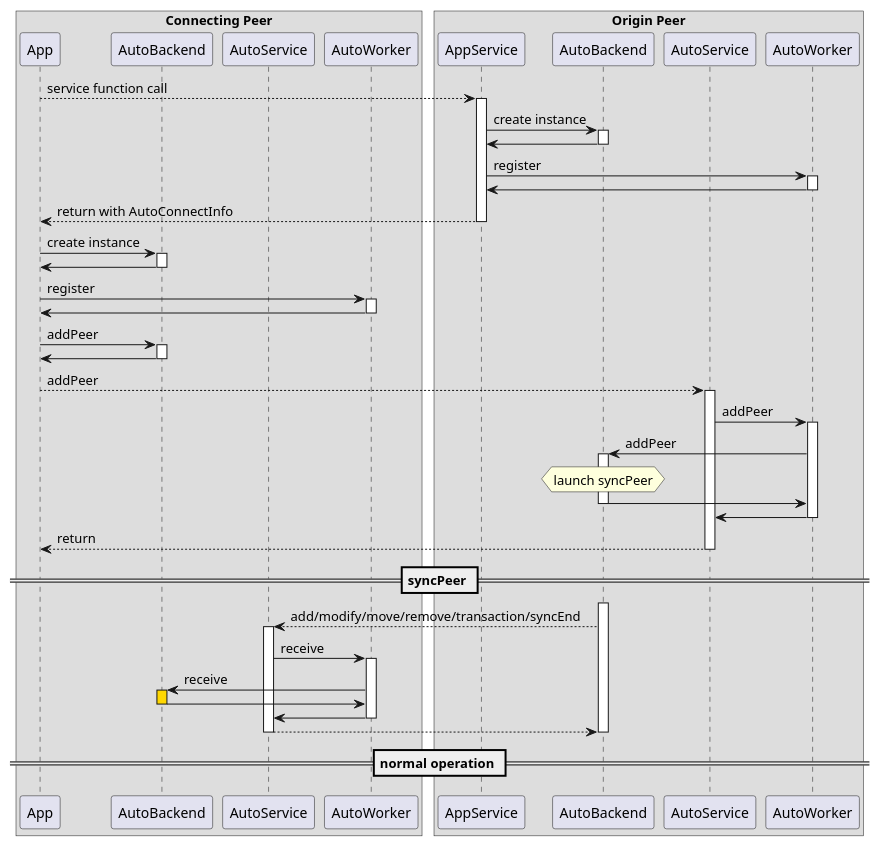
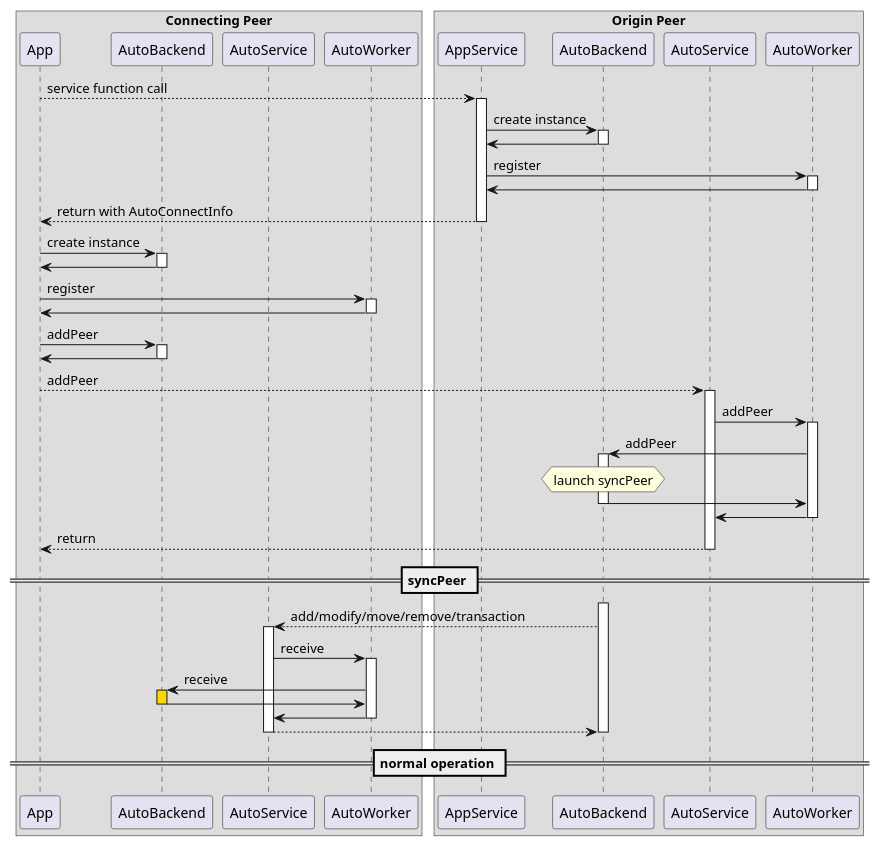
Before and after one commit to spxbhuhb/adaptive: the diagram in doc/auto/connect.puml, drawn with PlantUML. The commit also changed 25 other files, not shown here.

```diff
--- a/doc/auto/connect.puml
+++ b/doc/auto/connect.puml
@@ -1,84 +1,84 @@
 @startuml
 !pragma teoz true
 
 box Connecting Peer
 participant App as c.app
 participant AutoBackend as c.backend
 participant AutoService as c.service
 participant AutoWorker as c.worker
 endbox
 
 box Origin Peer
 participant AppService as o.app.service
 participant AutoBackend as o.backend
 
 participant "AutoService" as o.service
 participant "AutoWorker" as o.worker
 endbox
 
 c.app --> o.app.service : service function call
 activate o.app.service
 
 o.app.service -> o.backend : create instance
 activate o.backend
 o.backend -> o.app.service
 deactivate o.backend
 
 o.app.service -> o.worker : register
 activate o.worker
 o.worker -> o.app.service
 deactivate o.worker
 o.app.service --> c.app : return with AutoConnectInfo
 deactivate o.app.service
 
 c.app -> c.backend : create instance
 activate c.backend
 c.backend -> c.app
 deactivate c.backend
 
 c.app -> c.worker : register
 activate c.worker
 c.worker -> c.app
 deactivate c.worker
 
 c.app -> c.backend : addPeer
 activate c.backend
 c.backend -> c.app
 deactivate c.backend
 
 c.app --> o.service : addPeer
 activate o.service
 o.service -> o.worker : addPeer
 activate o.worker
 o.worker -> o.backend : addPeer
 activate o.backend
 hnote over o.backend : launch syncPeer
 o.backend -> o.worker
 deactivate o.backend
 o.worker -> o.service
 deactivate o.worker
 o.service --> c.app : return
 deactivate o.service
 
 == syncPeer ==
 
 activate o.backend
-o.backend --> c.service : add/modify/move/remove/transaction/syncEnd
+o.backend --> c.service : add/modify/move/remove/transaction
 activate c.service
 
 c.service -> c.worker : receive
 activate c.worker
 
 c.worker -> c.backend : receive
 activate c.backend #gold
 c.backend -> c.worker
 deactivate c.backend #gold
 
 c.worker -> c.service
 deactivate c.worker
 c.service --> o.backend
 deactivate c.service
 deactivate o.backend
 
 == normal operation ==
 @enduml
```
